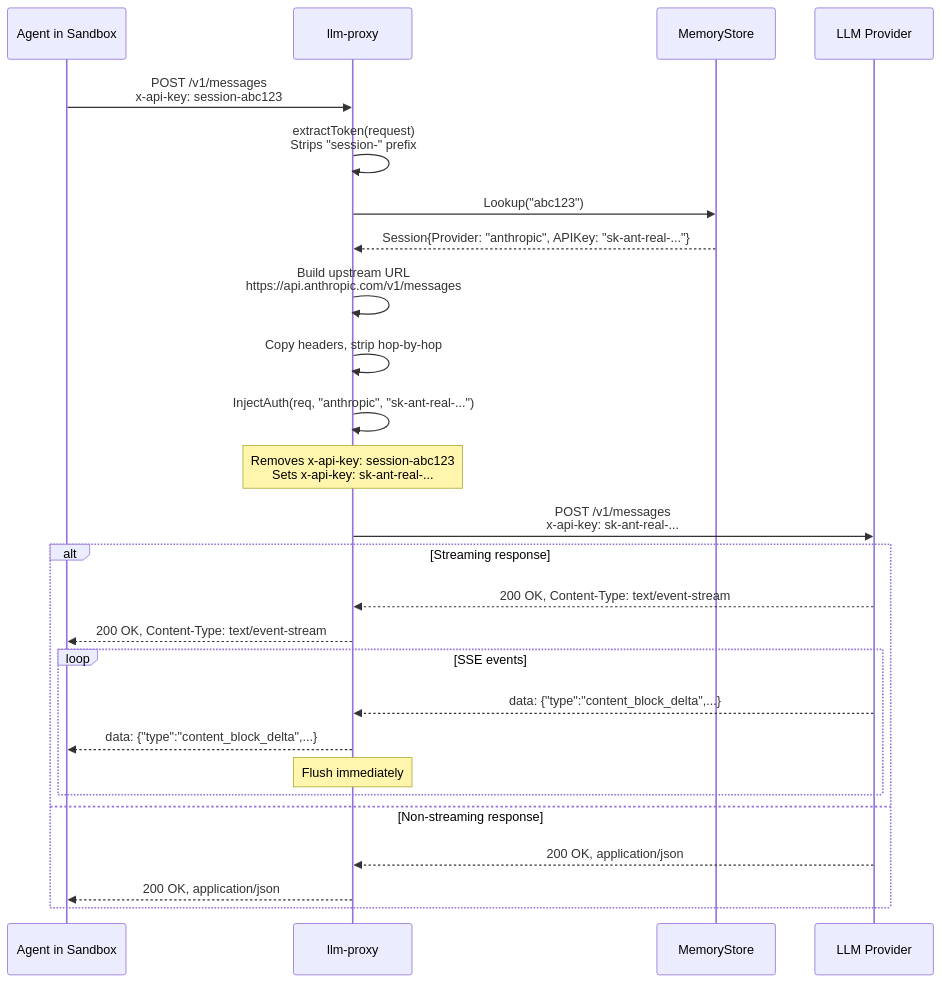
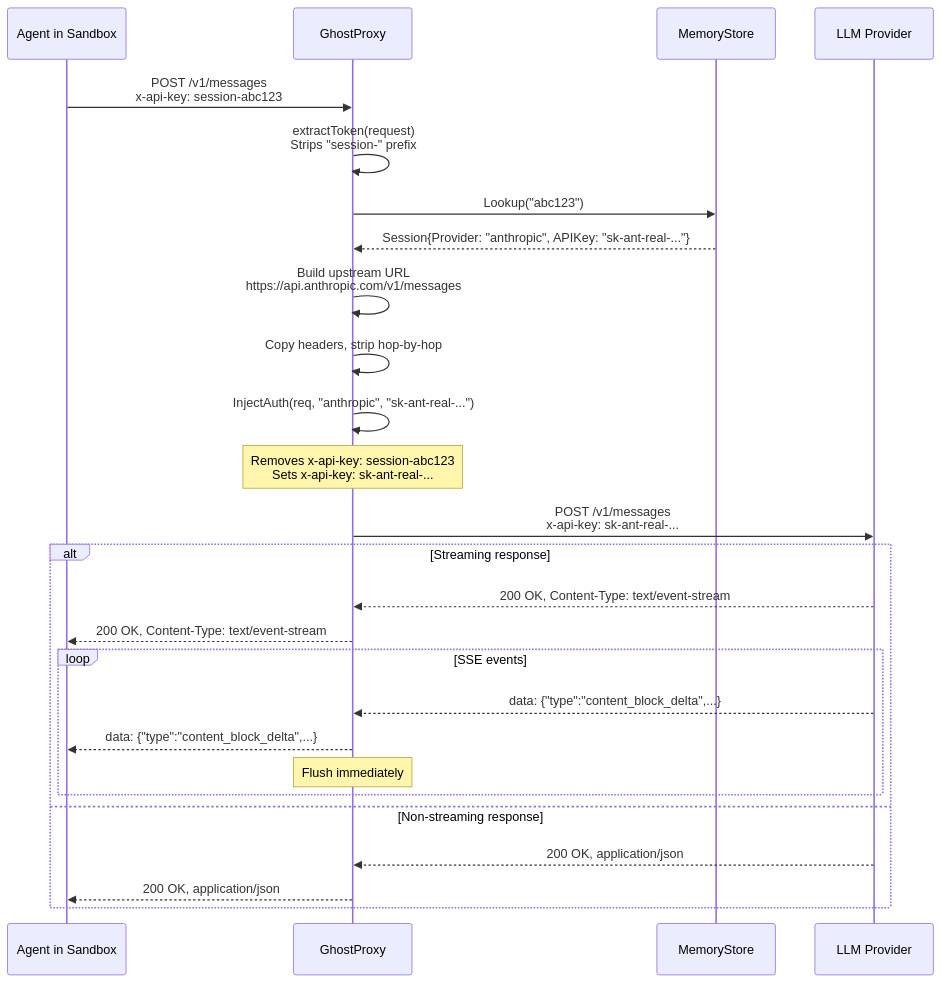
One commit to Travbz/llm-proxy changed the second of 2 diagrams in docs/architecture.md. Above: the diagram before and after it, drawn with Mermaid. The commit also changed other lines of this file and 2 other files, not shown here.

````diff
--- a/docs/architecture.md
+++ b/docs/architecture.md
@@ -37,35 +37,35 @@
 ```mermaid
 sequenceDiagram
     participant Agent as Agent in Sandbox
-    participant Proxy as llm-proxy
+    participant Proxy as GhostProxy
     participant Store as MemoryStore
     participant LLM as LLM Provider
 
     Agent->>Proxy: POST /v1/messages<br/>x-api-key: session-abc123
 
     Proxy->>Proxy: extractToken(request)<br/>Strips "session-" prefix
 
     Proxy->>Store: Lookup("abc123")
     Store-->>Proxy: Session{Provider: "anthropic", APIKey: "sk-ant-real-..."}
 
     Proxy->>Proxy: Build upstream URL<br/>https://api.anthropic.com/v1/messages
 
     Proxy->>Proxy: Copy headers, strip hop-by-hop
     Proxy->>Proxy: InjectAuth(req, "anthropic", "sk-ant-real-...")
     Note over Proxy: Removes x-api-key: session-abc123<br/>Sets x-api-key: sk-ant-real-...
 
     Proxy->>LLM: POST /v1/messages<br/>x-api-key: sk-ant-real-...
 
     alt Streaming response
         LLM-->>Proxy: 200 OK, Content-Type: text/event-stream
         Proxy-->>Agent: 200 OK, Content-Type: text/event-stream
         loop SSE events
             LLM-->>Proxy: data: {"type":"content_block_delta",...}
             Proxy-->>Agent: data: {"type":"content_block_delta",...}
             Note over Proxy: Flush immediately
         end
     else Non-streaming response
         LLM-->>Proxy: 200 OK, application/json
         Proxy-->>Agent: 200 OK, application/json
     end
 ```
````
